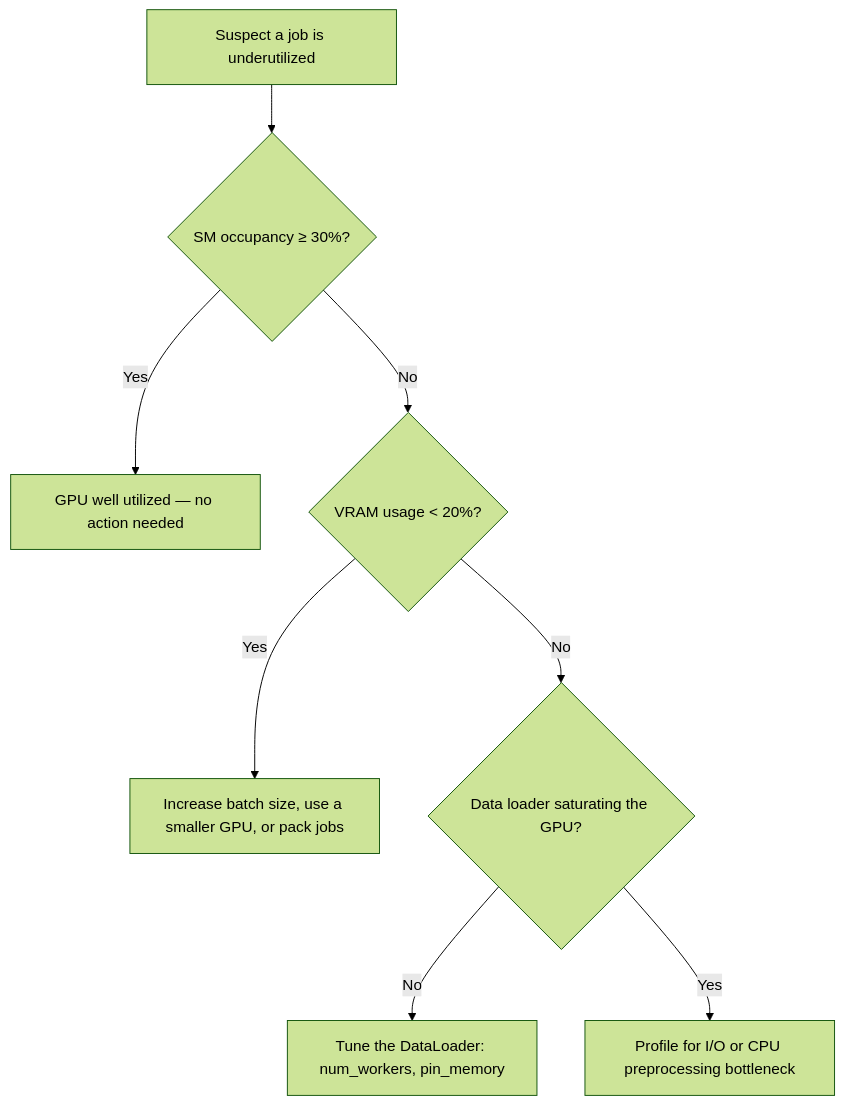
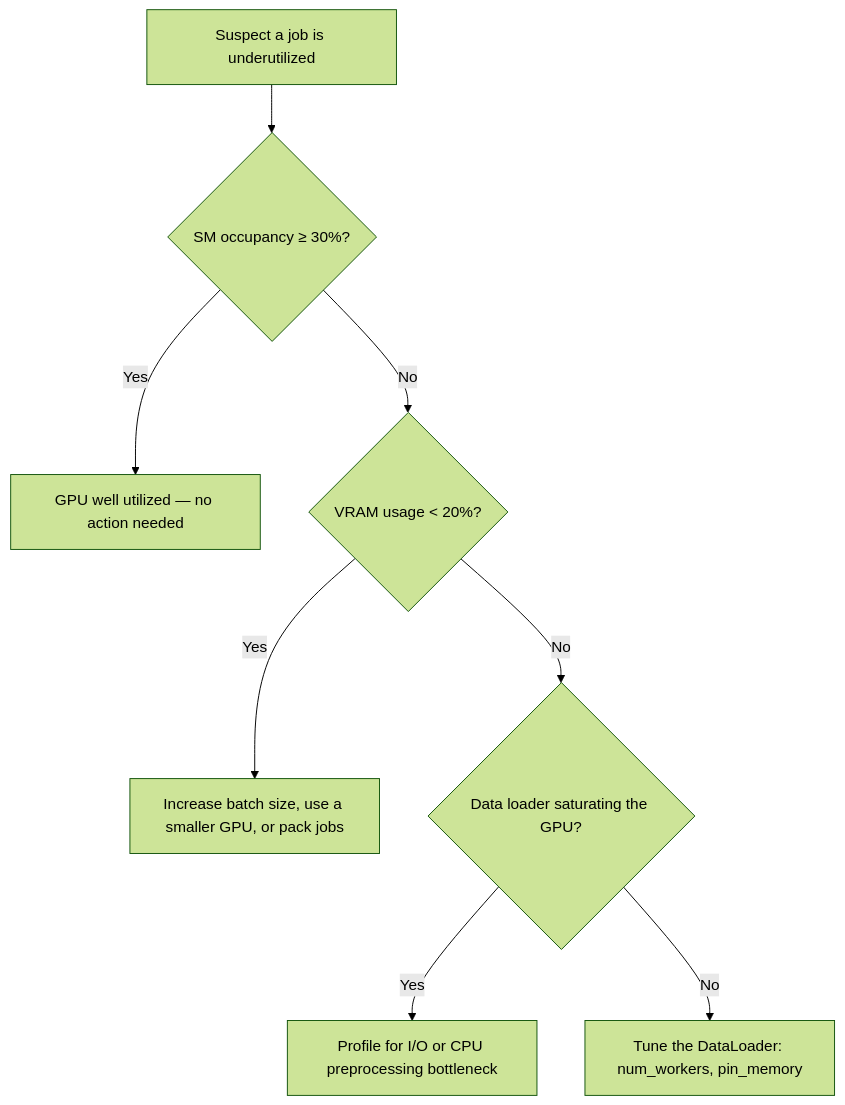
One commit to mila-iqia/mila-docs changed the diagram in docs/userguides/gpu_efficiency.md. Above: the diagram before and after it, drawn with Mermaid (forest theme).

Commit message:
fix: correct flowchart branch labels in GPU efficiency guide
The Yes/No labels on the data loader saturation check were swapped,
making the diagnostic flowchart contradict itself.

````diff
--- a/docs/userguides/gpu_efficiency.md
+++ b/docs/userguides/gpu_efficiency.md
@@ -80,10 +80,10 @@
 ```mermaid
 flowchart TD
     A[Suspect a job is underutilized] --> B{SM occupancy ≥ 30%?}
     B -->|Yes| C[GPU well utilized — no action needed]
     B -->|No| D{VRAM usage < 20%?}
     D -->|Yes| E[Increase batch size, use a smaller GPU, or pack jobs]
     D -->|No| F{Data loader saturating the GPU?}
-    F -->|No| G[Tune the DataLoader: num_workers, pin_memory]
-    F -->|Yes| H[Profile for I/O or CPU preprocessing bottleneck]
+    F -->|Yes| G[Profile for I/O or CPU preprocessing bottleneck]
+    F -->|No| H[Tune the DataLoader: num_workers, pin_memory]
 ```
````
